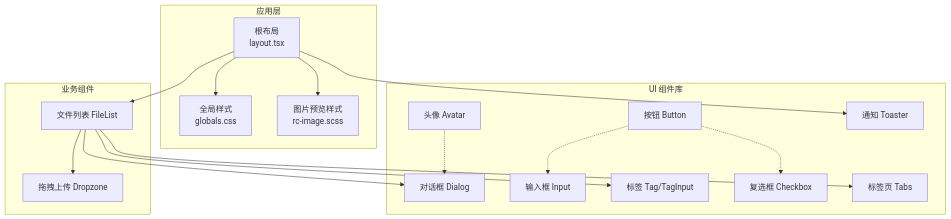
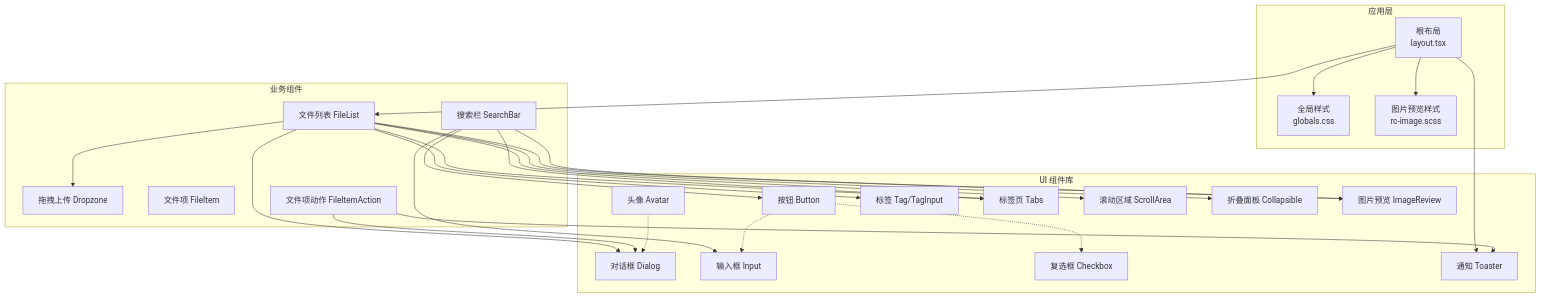
The first of 8 diagrams in .qoder/repowiki/zh/content/前端组件架构/前端组件架构.md (RadiumAg/image-saas), drawn with Mermaid before and after one commit. The commit also changed other lines of this file and 9 other files, not shown here.

````diff
--- a/.qoder/repowiki/zh/content/前端组件架构/前端组件架构.md
+++ b/.qoder/repowiki/zh/content/前端组件架构/前端组件架构.md
@@ -42,33 +64,48 @@
 ```mermaid
 graph TB
 subgraph "应用层"
 L["根布局<br/>layout.tsx"]
 G["全局样式<br/>globals.css"]
 S["图片预览样式<br/>rc-image.scss"]
 end
 subgraph "UI 组件库"
 B["按钮 Button"]
 D["对话框 Dialog"]
 I["输入框 Input"]
 A["头像 Avatar"]
 T["标签 Tag/TagInput"]
 C["复选框 Checkbox"]
 TAB["标签页 Tabs"]
 N["通知 Toaster"]
+SCROLL["滚动区域 ScrollArea"]
+COLL["折叠面板 Collapsible"]
+IREV["图片预览 ImageReview"]
 end
 subgraph "业务组件"
 F["文件列表 FileList"]
 Z["拖拽上传 Dropzone"]
+SB["搜索栏 SearchBar"]
+FI["文件项 FileItem"]
+FIA["文件项动作 FileItemAction"]
 end
 L --> G
 L --> S
 L --> N
 L --> F
 F --> Z
 F --> D
 F --> T
 F --> TAB
+F --> SCROLL
+F --> COLL
+F --> IREV
+FIA --> D
+FIA --> N
+SB --> I
+SB --> B
+SB --> TAB
+SB --> IREV
 B -.-> I
 B -.-> C
 A -.-> D
 ```
````
